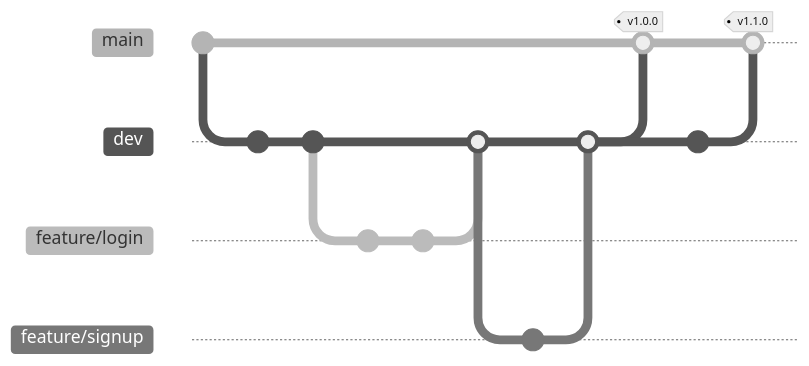
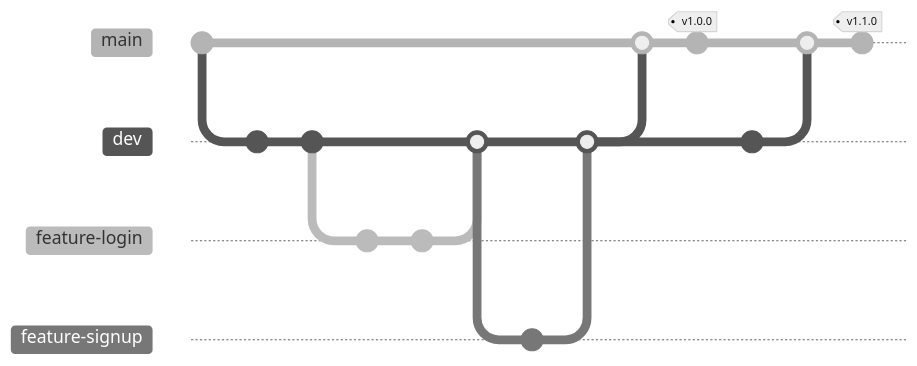
One commit to ukkyukang/dev-guides changed the third of 3 diagrams in 08-git/README.md. Above: the diagram before and after it, drawn with Mermaid (neutral theme). The commit also changed other lines of this file, not shown here. Commit ids are hidden.

Commit message:
fix: 08-git mermaid 문법 오류 수정 (flowchart 노드 통합, 줄바꿈 태그 수정, gitGraph tag 문법 수정 등)

````diff
--- a/08-git/README.md
+++ b/08-git/README.md
@@ -209,25 +191,27 @@
 ```mermaid
 gitGraph
     commit
     branch dev
     checkout dev
     commit
     commit
-    branch feature/login
-    checkout feature/login
+    branch feature-login
+    checkout feature-login
     commit
     commit
     checkout dev
-    merge feature/login
-    branch feature/signup
-    checkout feature/signup
+    merge feature-login
+    branch feature-signup
+    checkout feature-signup
     commit
     checkout dev
-    merge feature/signup
+    merge feature-signup
     checkout main
-    merge dev tag: "v1.0.0"
+    merge dev
+    commit tag: "v1.0.0"
     checkout dev
     commit
     checkout main
-    merge dev tag: "v1.1.0"
+    merge dev
+    commit tag: "v1.1.0"
 ```
````
